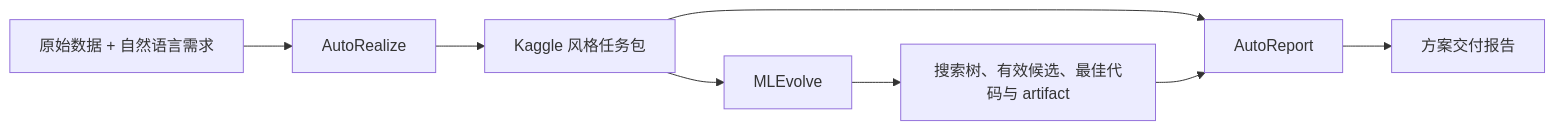
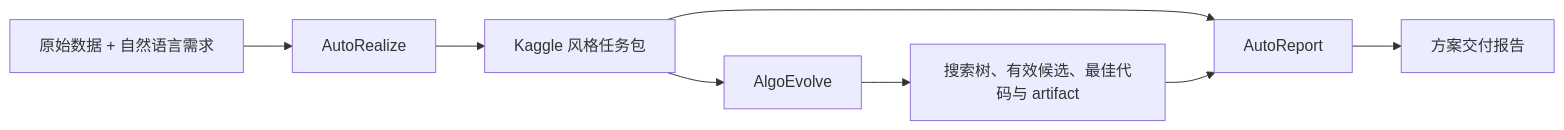
Before and after one commit to DonaLdZY/AutoReport: the diagram in README.md, drawn with Mermaid. The commit also changed other lines of this file, not shown here.

Commit message:
initial update

````diff
--- a/README.md
+++ b/README.md
@@ -8,10 +8,10 @@
 ```mermaid
 flowchart LR
     A["原始数据 + 自然语言需求"] --> B["AutoRealize"]
     B --> C["Kaggle 风格任务包"]
-    C --> D["MLEvolve"]
+    C --> D["AlgoEvolve"]
     D --> E["搜索树、有效候选、最佳代码与 artifact"]
     C --> F["AutoReport"]
     E --> F
     F --> G["方案交付报告"]
 ```
````
